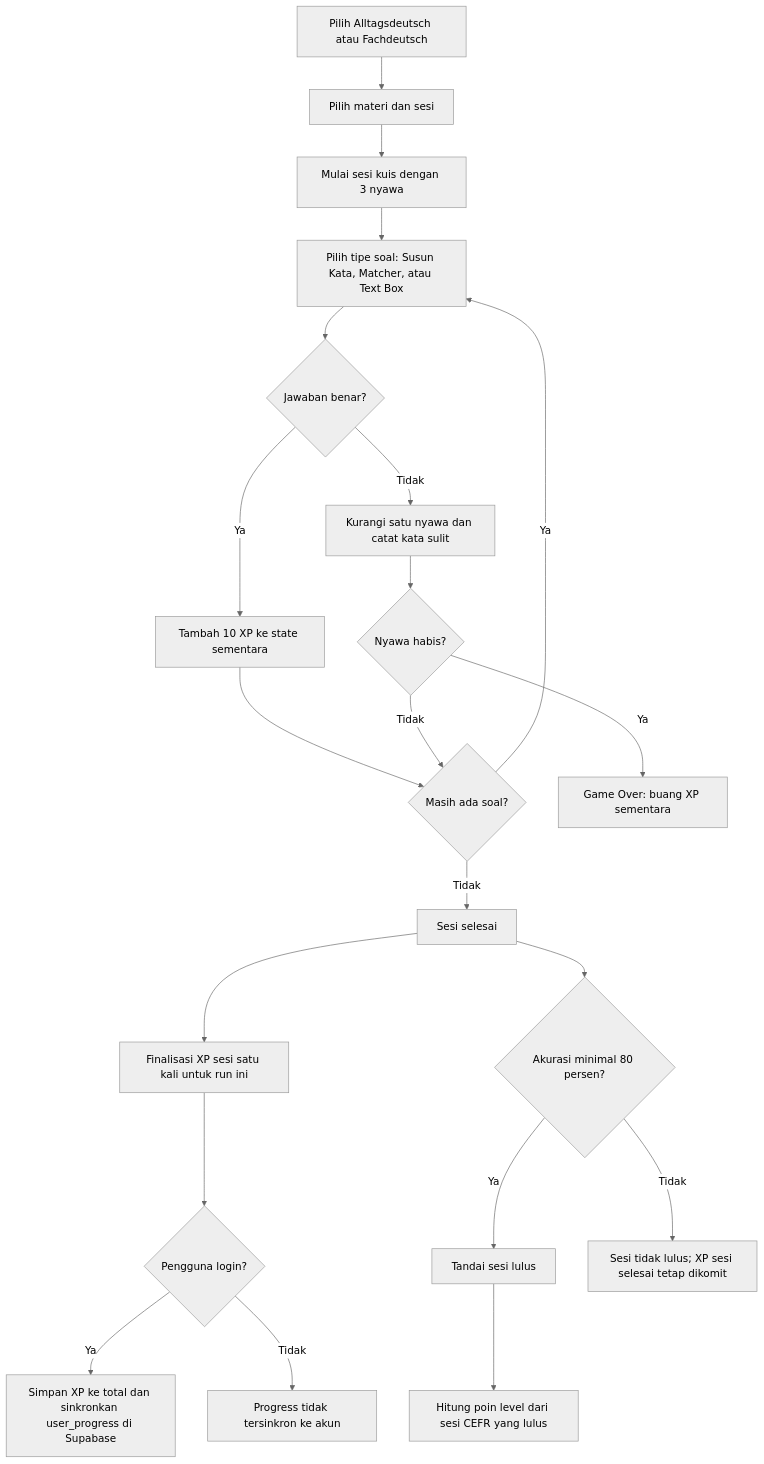
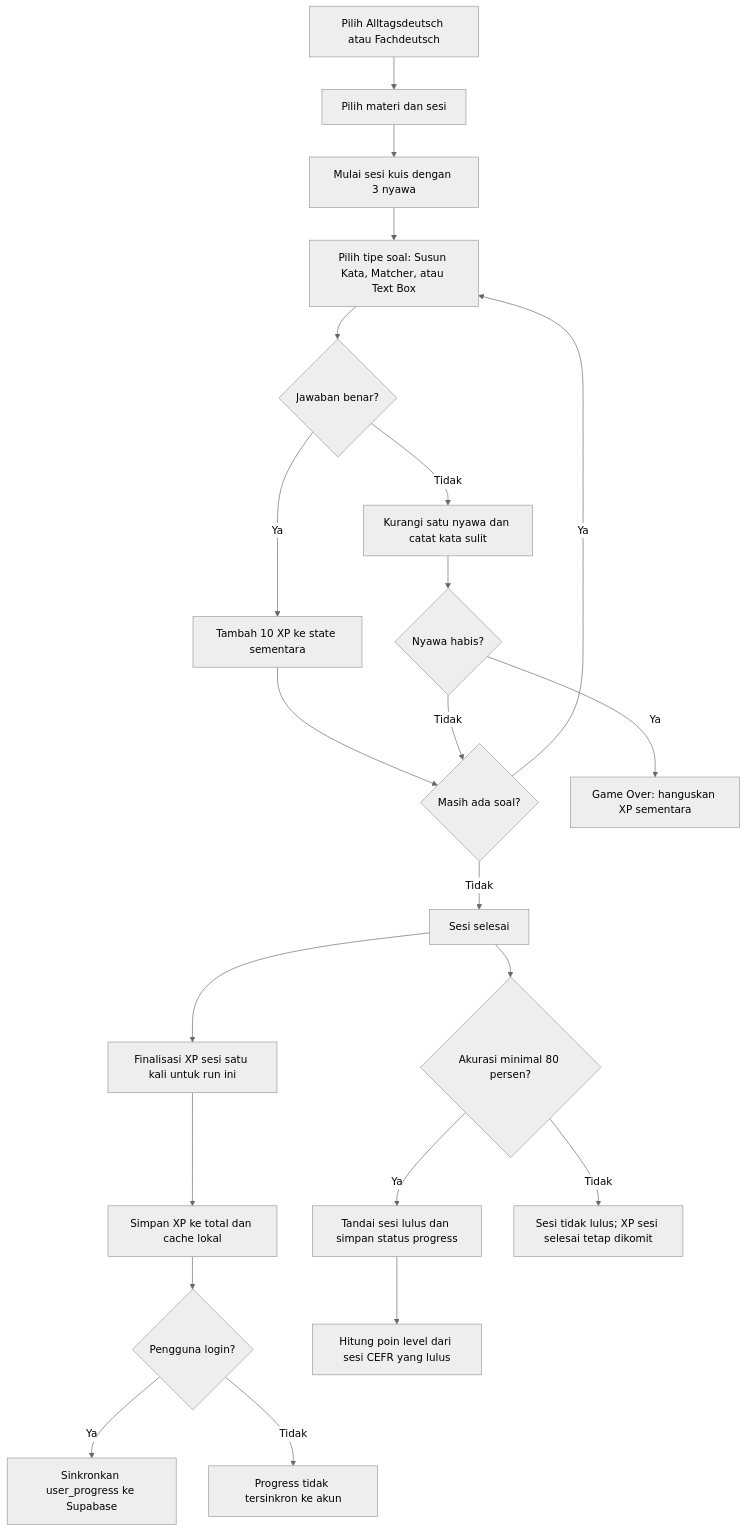
Before and after one commit to nandayudhistirawibowo/NdUniverse: the second of 6 diagrams in FLOWCHART.md, drawn with Mermaid (neutral theme). The commit also changed other lines of this file and 2 other files, not shown here.

Commit message:
docs: sempurnakan PRD, ERD, dan FLOWCHART sesuai fitur final (TTS, Avatar, XP)

````diff
--- a/FLOWCHART.md
+++ b/FLOWCHART.md
@@ -34,23 +34,24 @@
 ```mermaid
 flowchart TD
     A[Pilih Alltagsdeutsch atau Fachdeutsch] --> B[Pilih materi dan sesi]
     B --> C[Mulai sesi kuis dengan 3 nyawa]
     C --> D[Pilih tipe soal: Susun Kata, Matcher, atau Text Box]
     D --> E{Jawaban benar?}
     E -->|Ya| F[Tambah 10 XP ke state sementara]
     E -->|Tidak| G[Kurangi satu nyawa dan catat kata sulit]
     F --> H{Masih ada soal?}
     G --> I{Nyawa habis?}
-    I -->|Ya| J[Game Over: buang XP sementara]
+    I -->|Ya| J[Game Over: hanguskan XP sementara]
     I -->|Tidak| H
     H -->|Ya| D
     H -->|Tidak| K[Sesi selesai]
     K --> L[Finalisasi XP sesi satu kali untuk run ini]
-    L --> M{Pengguna login?}
-    M -->|Ya| N[Simpan XP ke total dan sinkronkan user_progress di Supabase]
-    M -->|Tidak| O[Progress tidak tersinkron ke akun]
-    K --> P{Akurasi minimal 80 persen?}
-    P -->|Ya| Q[Tandai sesi lulus]
-    P -->|Tidak| R[Sesi tidak lulus; XP sesi selesai tetap dikomit]
-    Q --> S[Hitung poin level dari sesi CEFR yang lulus]
+    L --> M[Simpan XP ke total dan cache lokal]
+    M --> N{Pengguna login?}
+    N -->|Ya| O[Sinkronkan user_progress ke Supabase]
+    N -->|Tidak| P[Progress tidak tersinkron ke akun]
+    K --> Q{Akurasi minimal 80 persen?}
+    Q -->|Ya| R[Tandai sesi lulus dan simpan status progress]
+    Q -->|Tidak| S[Sesi tidak lulus; XP sesi selesai tetap dikomit]
+    R --> T[Hitung poin level dari sesi CEFR yang lulus]
 ```
````
